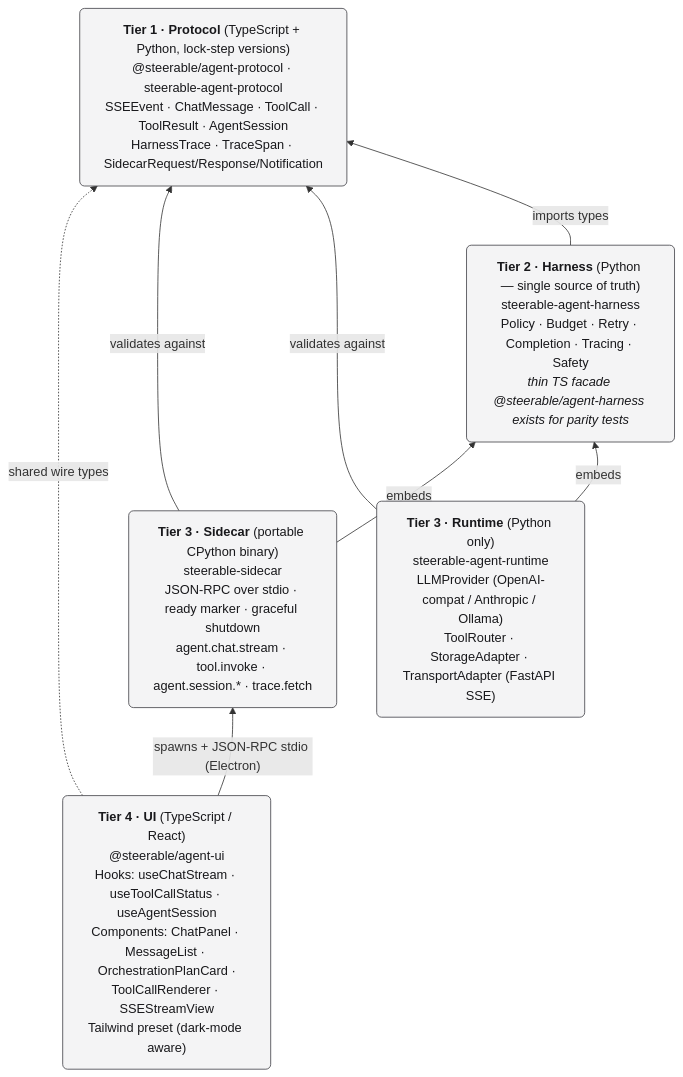
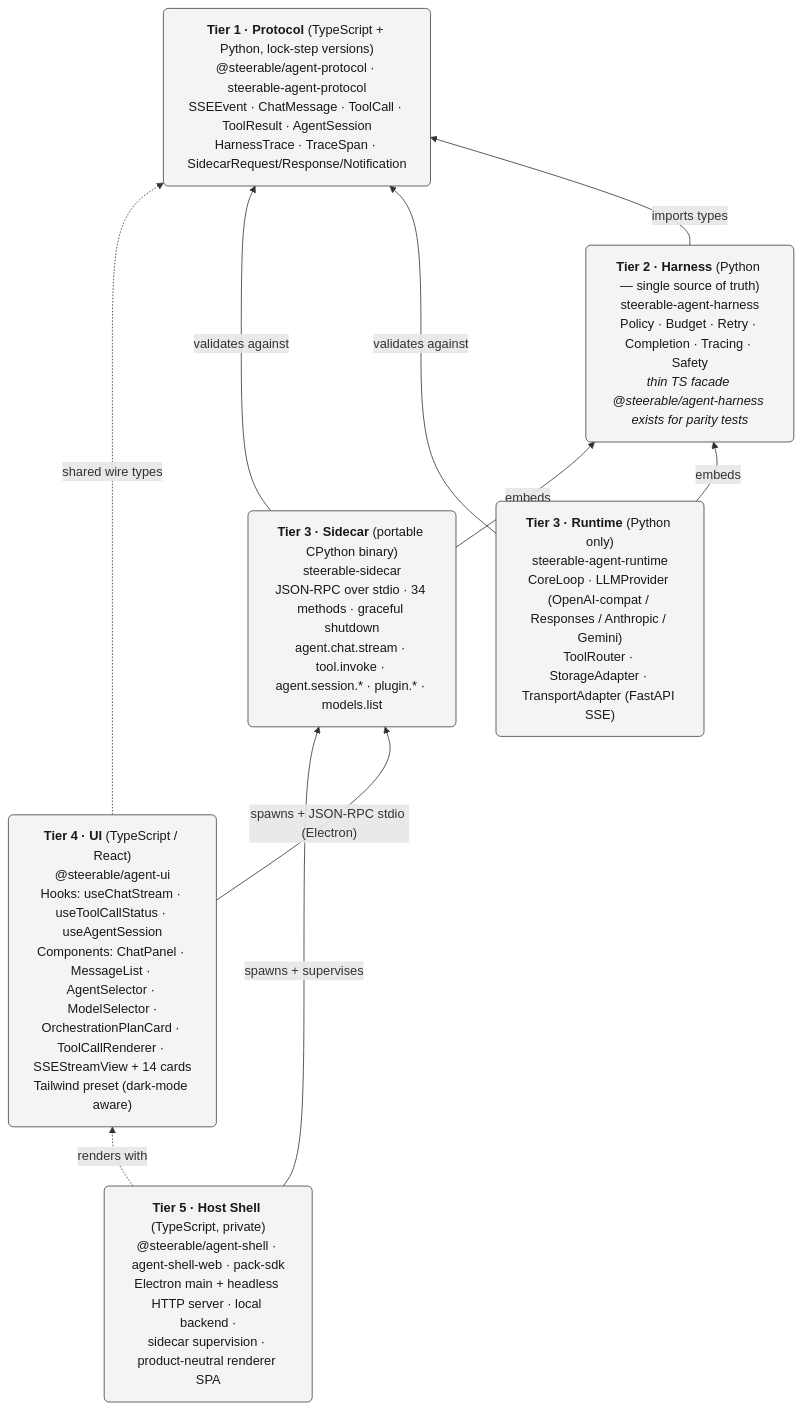
One commit to pathlyapp/opensteerable changed the diagram in docs/index.md. Above: the diagram before and after it, drawn with Mermaid. The commit also changed other lines of this file and 9 other files, not shown here.

````diff
--- a/docs/index.md
+++ b/docs/index.md
@@ -421,23 +426,27 @@
 ```mermaid
 graph BT
-  T4["<b>Tier 4 · UI</b> (TypeScript / React)<br/>@steerable/agent-ui<br/>Hooks: useChatStream · useToolCallStatus · useAgentSession<br/>Components: ChatPanel · MessageList · OrchestrationPlanCard ·<br/>ToolCallRenderer · SSEStreamView<br/>Tailwind preset (dark-mode aware)"]
+  T5["<b>Tier 5 · Host Shell</b> (TypeScript, private)<br/>@steerable/agent-shell · agent-shell-web · pack-sdk<br/>Electron main + headless HTTP server · local backend ·<br/>sidecar supervision · product-neutral renderer SPA"]
 
-  T3S["<b>Tier 3 · Sidecar</b> (portable CPython binary)<br/>steerable-sidecar<br/>JSON-RPC over stdio · ready marker · graceful shutdown<br/>agent.chat.stream · tool.invoke · agent.session.* · trace.fetch"]
+  T4["<b>Tier 4 · UI</b> (TypeScript / React)<br/>@steerable/agent-ui<br/>Hooks: useChatStream · useToolCallStatus · useAgentSession<br/>Components: ChatPanel · MessageList · AgentSelector · ModelSelector ·<br/>OrchestrationPlanCard · ToolCallRenderer · SSEStreamView + 14 cards<br/>Tailwind preset (dark-mode aware)"]
 
-  T3R["<b>Tier 3 · Runtime</b> (Python only)<br/>steerable-agent-runtime<br/>LLMProvider (OpenAI-compat / Anthropic / Ollama)<br/>ToolRouter · StorageAdapter · TransportAdapter (FastAPI SSE)"]
+  T3S["<b>Tier 3 · Sidecar</b> (portable CPython binary)<br/>steerable-sidecar<br/>JSON-RPC over stdio · 34 methods · graceful shutdown<br/>agent.chat.stream · tool.invoke · agent.session.* · plugin.* · models.list"]
+
+  T3R["<b>Tier 3 · Runtime</b> (Python only)<br/>steerable-agent-runtime<br/>CoreLoop · LLMProvider (OpenAI-compat / Responses / Anthropic / Gemini)<br/>ToolRouter · StorageAdapter · TransportAdapter (FastAPI SSE)"]
 
   T2["<b>Tier 2 · Harness</b> (Python — single source of truth)<br/>steerable-agent-harness<br/>Policy · Budget · Retry · Completion · Tracing · Safety<br/><i>thin TS facade @steerable/agent-harness exists for parity tests</i>"]
 
   T1["<b>Tier 1 · Protocol</b> (TypeScript + Python, lock-step versions)<br/>@steerable/agent-protocol · steerable-agent-protocol<br/>SSEEvent · ChatMessage · ToolCall · ToolResult · AgentSession<br/>HarnessTrace · TraceSpan · SidecarRequest/Response/Notification"]
 
+  T5 -->|"spawns + supervises"| T3S
+  T5 -.->|"renders with"| T4
   T4 -.->|"shared wire types"| T1
   T4 -->|"spawns + JSON-RPC stdio (Electron)"| T3S
   T3S -->|"embeds"| T2
   T3S -->|"validates against"| T1
   T3R -->|"embeds"| T2
   T3R -->|"validates against"| T1
   T2 -->|"imports types"| T1
 
   classDef tier fill:#f4f4f5,stroke:#3f3f46,color:#18181b,rx:6,ry:6,padding:12;
-  class T1,T2,T3R,T3S,T4 tier;
+  class T1,T2,T3R,T3S,T4,T5 tier;
 ```
````
